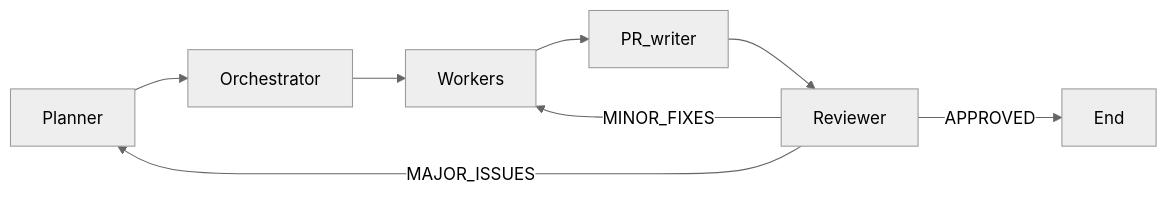
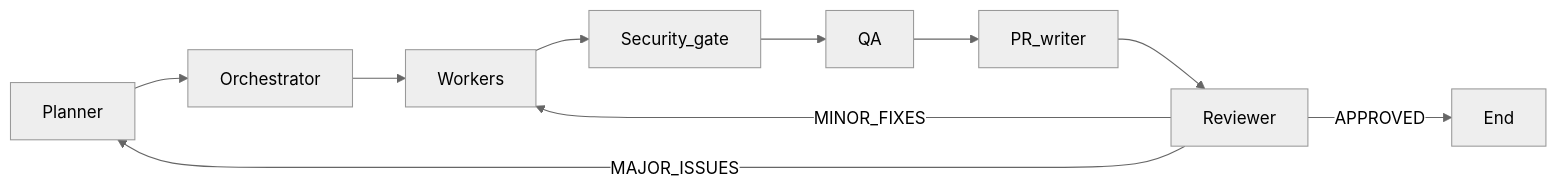
The diagram in AGENTS.md (adi-iftime/Cursor-Training2.0), drawn with Mermaid (neutral theme) before and after one commit. The commit also changed other lines of this file and 12 other files, not shown here.

First line of the commit message:
Add data roles, security gate, and orchestration rules

````diff
--- a/AGENTS.md
+++ b/AGENTS.md
@@ -24,12 +24,14 @@
 ```mermaid
 flowchart LR
   plannerNode[Planner]
   orchNode[Orchestrator]
   workersNode[Workers]
+  secNode[Security_gate]
+  qaNode[QA]
   prNode[PR_writer]
   revNode[Reviewer]
-  plannerNode --> orchNode --> workersNode --> prNode --> revNode
+  plannerNode --> orchNode --> workersNode --> secNode --> qaNode --> prNode --> revNode
   revNode -->|"MINOR_FIXES"| workersNode
   revNode -->|"MAJOR_ISSUES"| plannerNode
   revNode -->|"APPROVED"| endNode[End]
 ```
````
